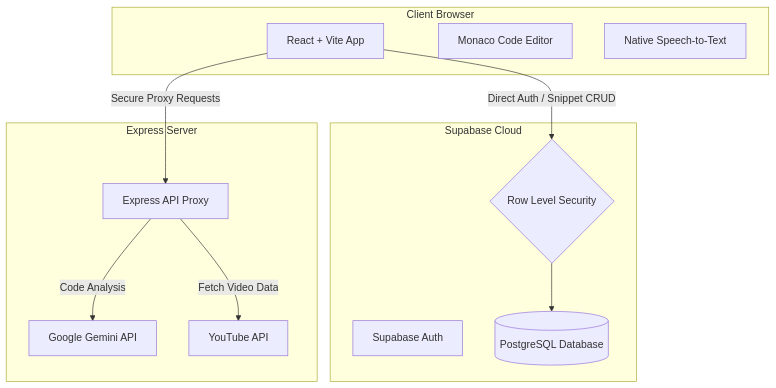
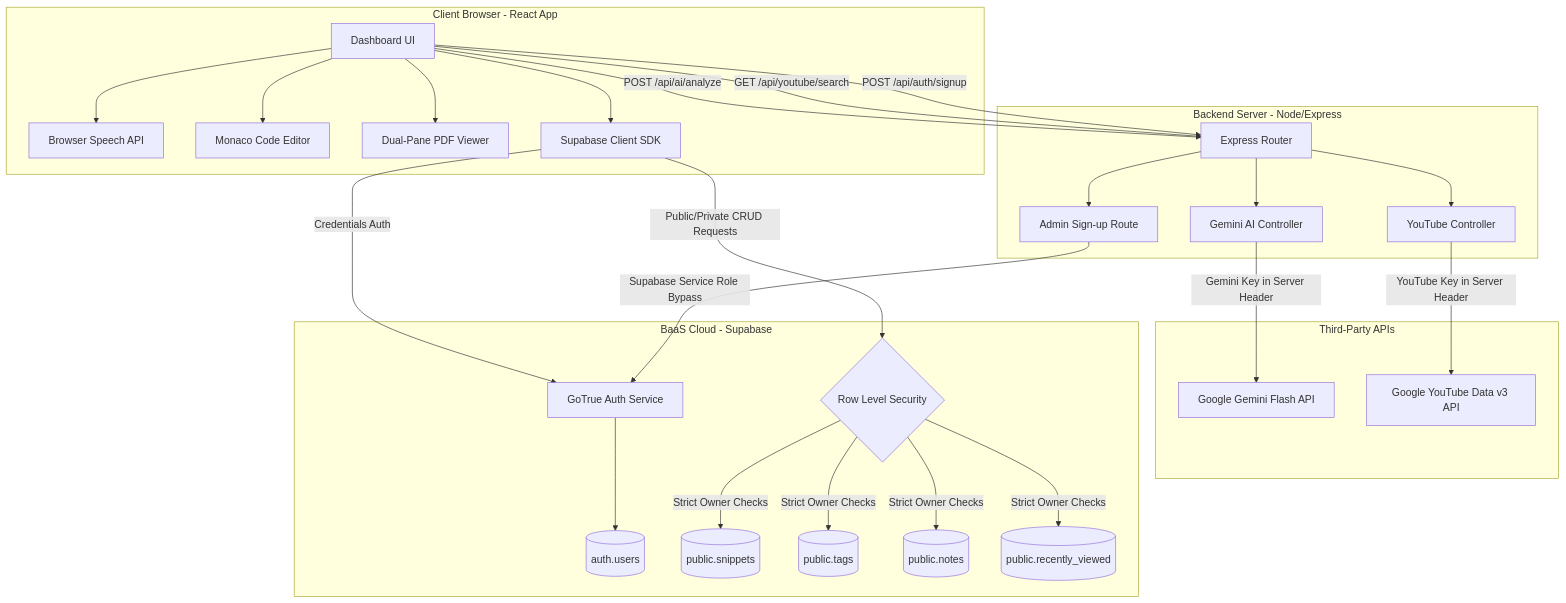
One commit to jaggureddy11/Code-Vault changed the first of 3 diagrams in README.md. Above: the diagram before and after it, drawn with Mermaid. The commit also changed other lines of this file, not shown here.

Commit message:
docs: add system architecture, module matrix, and interactive Mermaid flows to README

````diff
--- a/README.md
+++ b/README.md
@@ -25,26 +23,61 @@
 ```mermaid
-graph TD
-  subgraph Frontend [Client Browser]
-    UI[React + Vite App]
-    Editor[Monaco Code Editor]
-    Voice[Native Speech-to-Text]
+graph TB
+  subgraph Client [Client Browser - React App]
+    UI[Dashboard UI]
+    Voice[Browser Speech API]
+    Monaco[Monaco Code Editor]
+    PDF[Dual-Pane PDF Viewer]
+    ClientDB[Supabase Client SDK]
   end
 
-  subgraph Cloud_BaaS [Supabase Cloud]
-    Auth[Supabase Auth]
-    DB[(PostgreSQL Database)]
-    RLS{Row Level Security}
+  subgraph Gateway [Backend Server - Node/Express]
+    Express[Express Router]
+    GeminiCtrl[Gemini AI Controller]
+    YTCtrl[YouTube Controller]
+    AdminAuth[Admin Sign-up Route]
   end
 
-  subgraph Backend_Proxy [Express Server]
-    API[Express API Proxy]
-    Gemini[Google Gemini API]
-    YouTube[YouTube API]
+  subgraph ThirdParty [Third-Party APIs]
+    GeminiAPI[Google Gemini Flash API]
+    YouTubeAPI[Google YouTube Data v3 API]
   end
 
-  UI -->|Direct Auth / Snippet CRUD| RLS
-  RLS --> DB
-  UI -->|Secure Proxy Requests| API
-  API -->|Fetch Video Data| YouTube
-  API -->|Code Analysis| Gemini
+  subgraph Database [BaaS Cloud - Supabase]
+    RLS{Row Level Security}
+    Auth[GoTrue Auth Service]
+    UsersTable[(auth.users)]
+    SnippetsTable[(public.snippets)]
+    TagsTable[(public.tags)]
+    NotesTable[(public.notes)]
+    HistoryTable[(public.recently_viewed)]
+  end
+
+  %% Client Routing
+  UI --> Monaco
+  UI --> Voice
+  UI --> PDF
+  UI --> ClientDB
+
+  %% Direct DB Pipeline
+  ClientDB -->|Public/Private CRUD Requests| RLS
+  RLS -->|Strict Owner Checks| SnippetsTable
+  RLS -->|Strict Owner Checks| TagsTable
+  RLS -->|Strict Owner Checks| NotesTable
+  RLS -->|Strict Owner Checks| HistoryTable
+  ClientDB -->|Credentials Auth| Auth
+  Auth --> UsersTable
+
+  %% Proxy Server Pipeline
+  UI -->|POST /api/ai/analyze| Express
+  UI -->|GET /api/youtube/search| Express
+  UI -->|POST /api/auth/signup| Express
+
+  Express --> GeminiCtrl
+  Express --> YTCtrl
+  Express --> AdminAuth
+
+  %% Server Outgoing
+  GeminiCtrl -->|Gemini Key in Server Header| GeminiAPI
+  YTCtrl -->|YouTube Key in Server Header| YouTubeAPI
+  AdminAuth -->|Supabase Service Role Bypass| Auth
 ```
````
